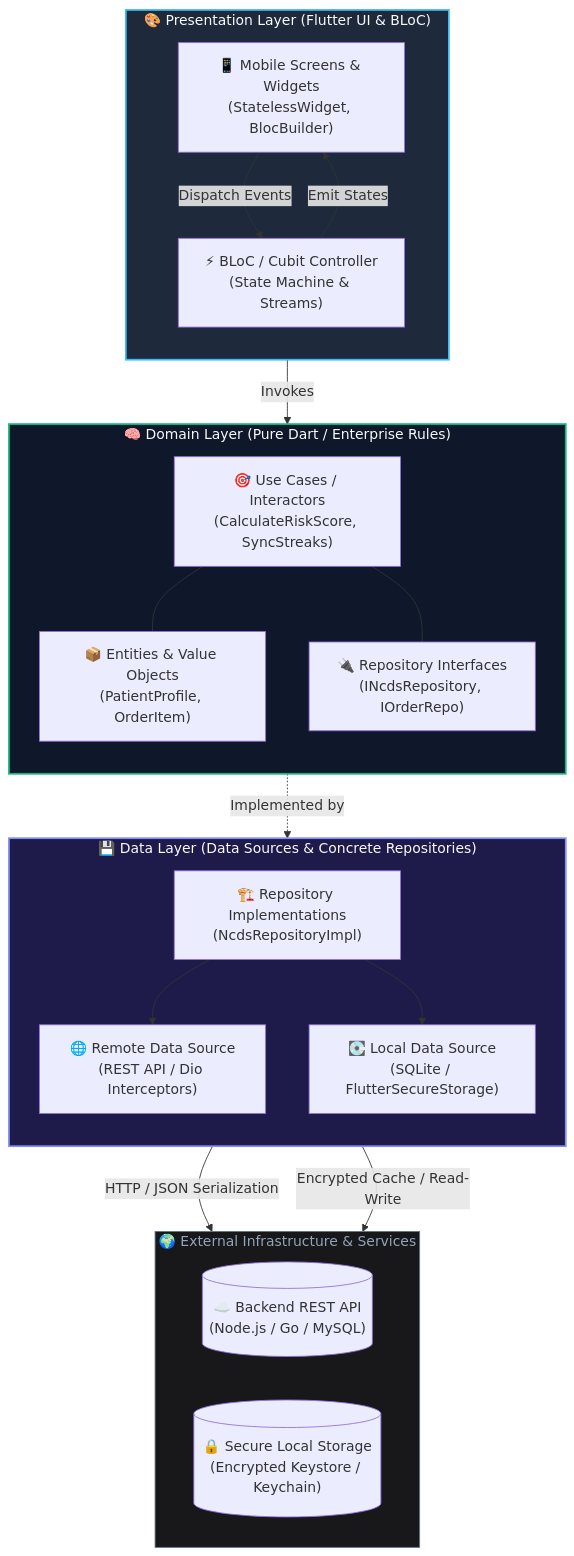
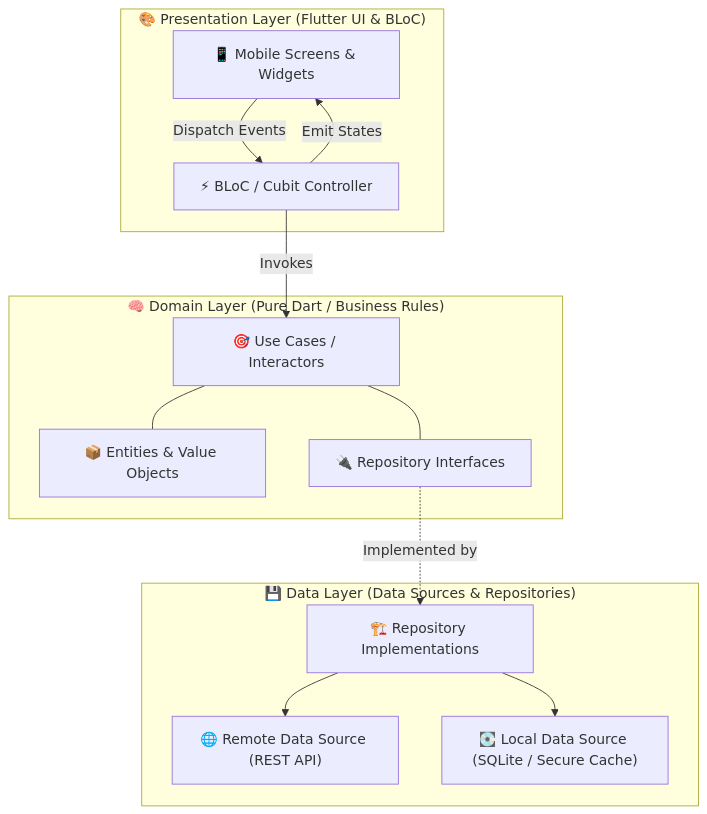
The diagram in README.md (Theeraphat-S/portfolio-web), drawn with Mermaid before and after one commit. The commit also changed other lines of this file, not shown here.

````diff
--- a/README.md
+++ b/README.md
@@ -89,48 +56,20 @@
 ```mermaid
 flowchart TD
     subgraph UI_Layer["🎨 Presentation Layer (Flutter UI & BLoC)"]
-        direction TB
-        V["📱 Mobile Screens & Widgets<br/>(StatelessWidget, BlocBuilder)"] -->|Dispatch Events| B["⚡ BLoC / Cubit Controller<br/>(State Machine & Streams)"]
+        V["📱 Mobile Screens & Widgets"] -->|Dispatch Events| B["⚡ BLoC / Cubit Controller"]
         B -->|Emit States| V
     end
 
-    subgraph Domain_Layer["🧠 Domain Layer (Pure Dart / Enterprise Rules)"]
-        direction TB
-        UC["🎯 Use Cases / Interactors<br/>(CalculateRiskScore, SyncStreaks)"]
-        E["📦 Entities & Value Objects<br/>(PatientProfile, OrderItem)"]
-        IR["🔌 Repository Interfaces<br/>(INcdsRepository, IOrderRepo)"]
-        UC --- E
-        UC --- IR
+    subgraph Domain_Layer["🧠 Domain Layer (Pure Dart / Business Rules)"]
+        UC["🎯 Use Cases / Interactors"] --- E["📦 Entities & Value Objects"]
+        UC --- IR["🔌 Repository Interfaces"]
     end
 
-    subgraph Data_Layer["💾 Data Layer (Data Sources & Concrete Repositories)"]
-        direction TB
-        R["🏗️ Repository Implementations<br/>(NcdsRepositoryImpl)"]
-        RDS["🌐 Remote Data Source<br/>(REST API / Dio Interceptors)"]
-        LDS["💽 Local Data Source<br/>(SQLite / FlutterSecureStorage)"]
-        R --> RDS
-        R --> LDS
+    subgraph Data_Layer["💾 Data Layer (Data Sources & Repositories)"]
+        R["🏗️ Repository Implementations"] --> RDS["🌐 Remote Data Source (REST API)"]
+        R --> LDS["💽 Local Data Source (SQLite / Secure Cache)"]
     end
 
-    subgraph External["🌍 External Infrastructure & Services"]
-        direction LR
-        API[("☁️ Backend REST API<br/>(Node.js / Go / MySQL)")]
-        SEC[("🔒 Secure Local Storage<br/>(Encrypted Keystore / Keychain)")]
-    end
-
-    %% Flow Connections
     B -->|Invokes| UC
     IR -.->|Implemented by| R
-    RDS -->|HTTP / JSON Serialization| API
-    LDS -->|Encrypted Cache / Read-Write| SEC
-
-    classDef ui fill:#1e293b,stroke:#38bdf8,stroke-width:2px,color:#f8fafc;
-    classDef domain fill:#0f172a,stroke:#10b981,stroke-width:2px,color:#f8fafc;
-    classDef data fill:#1e1b4b,stroke:#818cf8,stroke-width:2px,color:#f8fafc;
-    classDef ext fill:#18181b,stroke:#64748b,stroke-width:1px,color:#94a3b8;
-
-    class UI_Layer ui;
-    class Domain_Layer domain;
-    class Data_Layer data;
-    class External ext;
 ```
````
